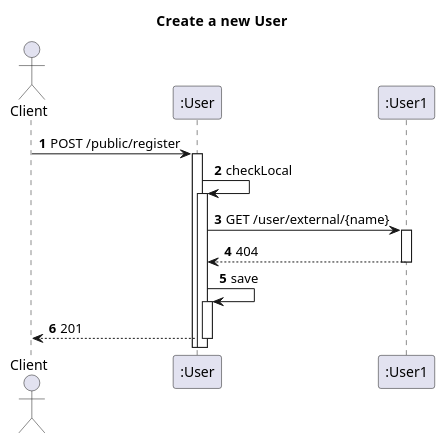
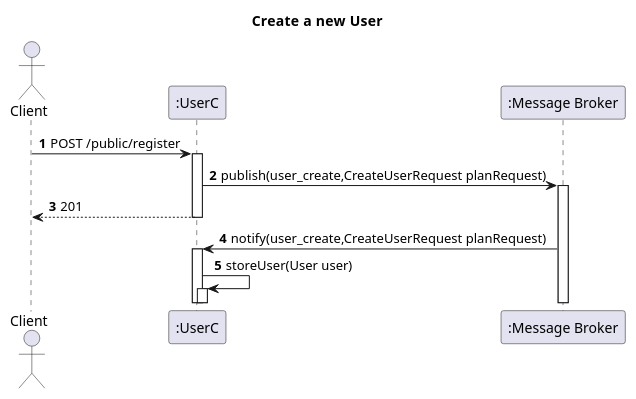
The diagram in docs_sidis/Segunda_Avalição/Users/Vista Logica/N2/CreateUser.puml (IsepMartimOliveira/SIDIS), drawn with PlantUML before and after one commit. The commit also changed 34 other files, not shown here.

```diff
--- a/docs_sidis/Segunda_Avalição/Users/Vista Logica/N2/CreateUser.puml
+++ b/docs_sidis/Segunda_Avalição/Users/Vista Logica/N2/CreateUser.puml
@@ -1,29 +1,36 @@
 @startuml
 'https://plantuml.com/sequence-diagram
 autoactivate on
 autonumber
 title  Create  a new User
 
 autonumber
 
+
+
+
 actor "Client" as Ac
-participant ":User" as Auth
-participant ":User1" as Serv
+participant ":UserC" as Auth
+
+participant ":Message Broker" as Broker
 
 
 Ac->Auth:POST /public/register
-Auth->Auth:checkLocal
-Auth->Serv: GET /user/external/{name}
-Serv-->Auth:404
-Auth->Auth:save
+Auth->Broker: publish(user_create,CreateUserRequest planRequest)
+
 Auth-->Ac:201
+Broker->Auth:notify(user_create,CreateUserRequest planRequest)
+Auth->Auth:storeUser(User user)
+
+
+
 
 
 
 
 
 
 
 
 
 @enduml
```
